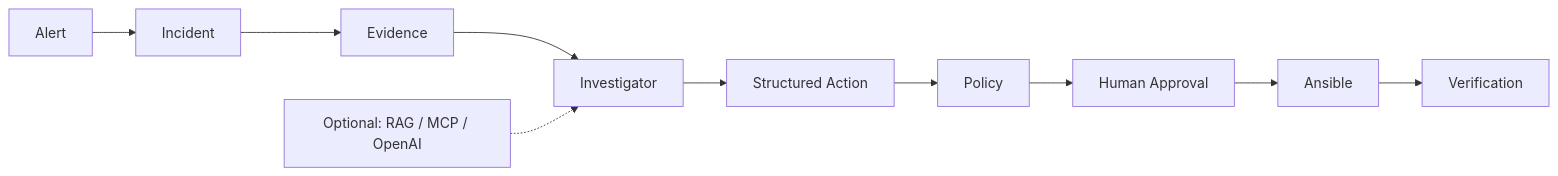
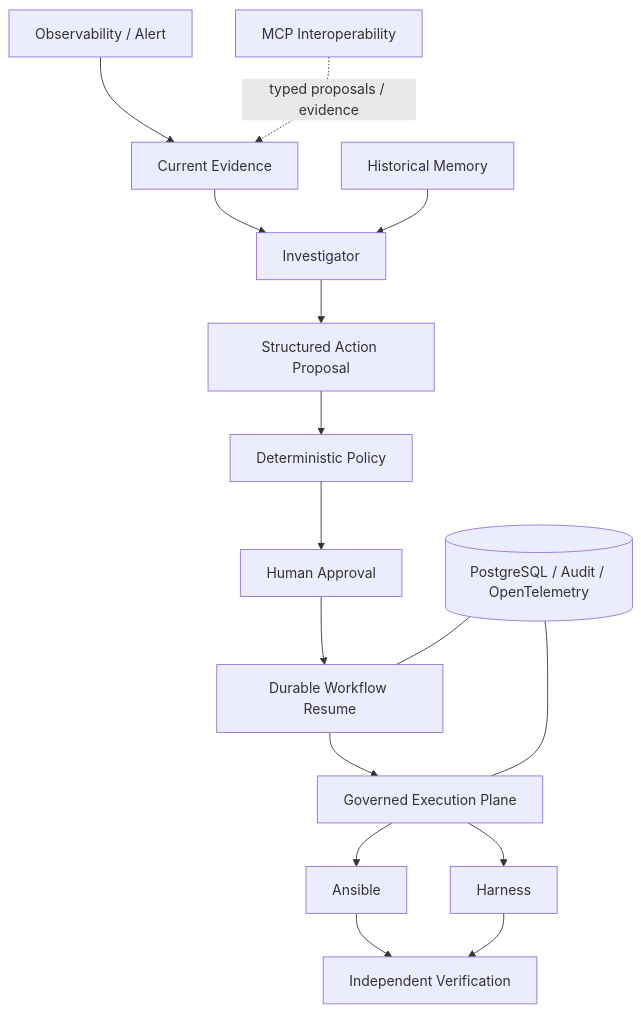
One commit to soren-max/OpsPilot changed the first of 3 diagrams in README.md. Above: the diagram before and after it, drawn with Mermaid. The commit also changed other lines of this file and 1 other file, not shown here.

Commit message:
docs(readme): surface verifiable project evidence

````diff
--- a/README.md
+++ b/README.md
@@ -32,6 +26,18 @@
 ```mermaid
-flowchart LR
-  Alert --> Incident --> Evidence --> Investigator --> Action[Structured Action]
-  Action --> Policy --> Approval[Human Approval] --> Ansible --> Verification
-  Optional[Optional: RAG / MCP / OpenAI] -.-> Investigator
+flowchart TD
+  Obs[Observability / Alert] --> Evidence[Current Evidence]
+  Evidence --> Investigator
+  Memory[Historical Memory] --> Investigator
+  Investigator --> Action[Structured Action Proposal]
+  Action --> Policy[Deterministic Policy]
+  Policy --> HITL[Human Approval]
+  HITL --> Workflow[Durable Workflow Resume]
+  Workflow --> Plane[Governed Execution Plane]
+  Plane --> Ansible
+  Plane --> Harness
+  Ansible --> Verify[Independent Verification]
+  Harness --> Verify
+  MCP[MCP Interoperability] -. typed proposals / evidence .-> Evidence
+  Data[(PostgreSQL / Audit / OpenTelemetry)] --- Workflow
+  Data --- Plane
 ```
````
